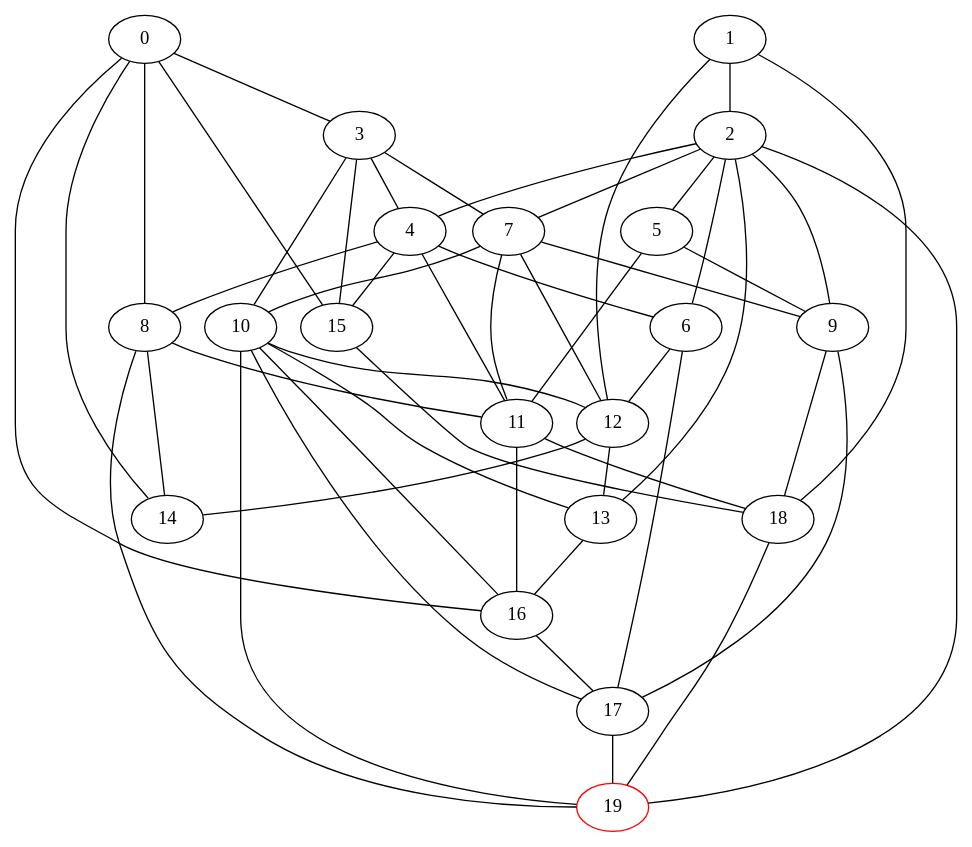
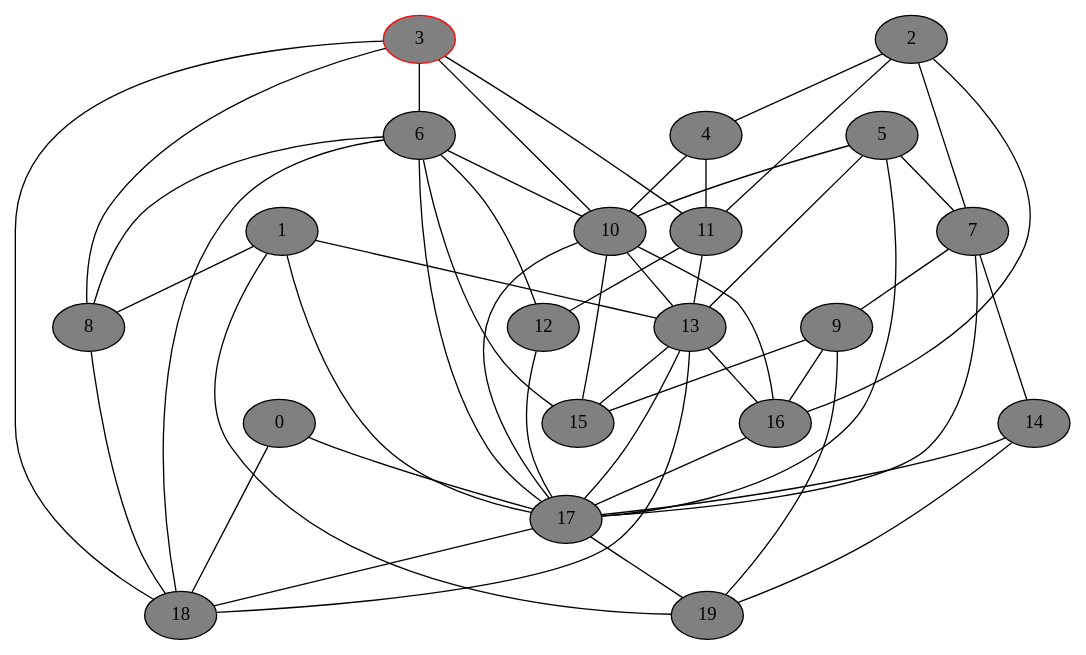
The diagram in gv_graphs/nxt0700.dot (DSMishler/EBA_models), drawn with Graphviz before and after one commit. The commit also changed 1043 other files, not shown here.

Commit message:
second set of graphs

```diff
--- a/gv_graphs/nxt0700.dot
+++ b/gv_graphs/nxt0700.dot
@@ -1,74 +1,74 @@
 // network test graph
 digraph
 {
-	0 [fillcolor=gray,style=shaded,]
-	1 [fillcolor=gray,style=shaded,]
-	2 [fillcolor=gray,style=shaded,]
-	3 [fillcolor=gray,style=shaded,]
-	4 [fillcolor=gray,style=shaded,]
-	5 [fillcolor=gray,style=shaded,]
-	6 [fillcolor=gray,style=shaded,]
-	7 [fillcolor=gray,style=shaded,]
-	8 [fillcolor=gray,style=shaded,]
-	9 [fillcolor=gray,style=shaded,]
-	10 [fillcolor=gray,style=shaded,]
-	11 [fillcolor=gray,style=shaded,]
-	12 [fillcolor=gray,style=shaded,]
-	13 [fillcolor=gray,style=shaded,]
-	14 [fillcolor=gray,style=shaded,]
-	15 [fillcolor=gray,style=shaded,]
-	16 [fillcolor=gray,style=shaded,]
-	17 [fillcolor=gray,style=shaded,]
-	18 [fillcolor=gray,style=shaded,]
-	19 [fillcolor=gray,style=shaded,color=red,]
-	0 -> 3 [dir=none]
-	0 -> 8 [dir=none]
-	0 -> 14 [dir=none]
-	0 -> 15 [dir=none]
-	0 -> 16 [dir=none]
-	1 -> 2 [dir=none]
-	1 -> 12 [dir=none]
-	1 -> 18 [dir=none]
+	0 [fillcolor=gray,style=filled,]
+	1 [fillcolor=gray,style=filled,]
+	2 [fillcolor=gray,style=filled,]
+	3 [fillcolor=gray,style=filled,color=red,]
+	4 [fillcolor=gray,style=filled,]
+	5 [fillcolor=gray,style=filled,]
+	6 [fillcolor=gray,style=filled,]
+	7 [fillcolor=gray,style=filled,]
+	8 [fillcolor=gray,style=filled,]
+	9 [fillcolor=gray,style=filled,]
+	10 [fillcolor=gray,style=filled,]
+	11 [fillcolor=gray,style=filled,]
+	12 [fillcolor=gray,style=filled,]
+	13 [fillcolor=gray,style=filled,]
+	14 [fillcolor=gray,style=filled,]
+	15 [fillcolor=gray,style=filled,]
+	16 [fillcolor=gray,style=filled,]
+	17 [fillcolor=gray,style=filled,]
+	18 [fillcolor=gray,style=filled,]
+	19 [fillcolor=gray,style=filled,]
+	0 -> 17 [dir=none]
+	0 -> 18 [dir=none]
+	1 -> 8 [dir=none]
+	1 -> 13 [dir=none]
+	1 -> 17 [dir=none]
+	1 -> 19 [dir=none]
 	2 -> 4 [dir=none]
-	2 -> 5 [dir=none]
-	2 -> 6 [dir=none]
 	2 -> 7 [dir=none]
-	2 -> 9 [dir=none]
-	2 -> 13 [dir=none]
-	2 -> 19 [dir=none]
-	3 -> 4 [dir=none]
-	3 -> 7 [dir=none]
+	2 -> 11 [dir=none]
+	2 -> 16 [dir=none]
+	3 -> 6 [dir=none]
+	3 -> 8 [dir=none]
 	3 -> 10 [dir=none]
-	3 -> 15 [dir=none]
-	4 -> 6 [dir=none]
-	4 -> 8 [dir=none]
+	3 -> 11 [dir=none]
+	3 -> 18 [dir=none]
+	4 -> 10 [dir=none]
 	4 -> 11 [dir=none]
-	4 -> 15 [dir=none]
-	5 -> 9 [dir=none]
-	5 -> 11 [dir=none]
+	5 -> 7 [dir=none]
+	5 -> 10 [dir=none]
+	5 -> 13 [dir=none]
+	5 -> 17 [dir=none]
+	6 -> 8 [dir=none]
+	6 -> 10 [dir=none]
 	6 -> 12 [dir=none]
+	6 -> 15 [dir=none]
 	6 -> 17 [dir=none]
+	6 -> 18 [dir=none]
 	7 -> 9 [dir=none]
-	7 -> 10 [dir=none]
-	7 -> 11 [dir=none]
-	7 -> 12 [dir=none]
-	8 -> 11 [dir=none]
-	8 -> 14 [dir=none]
-	8 -> 19 [dir=none]
-	9 -> 17 [dir=none]
-	9 -> 18 [dir=none]
-	10 -> 12 [dir=none]
+	7 -> 14 [dir=none]
+	7 -> 17 [dir=none]
+	8 -> 18 [dir=none]
+	9 -> 15 [dir=none]
+	9 -> 16 [dir=none]
+	9 -> 19 [dir=none]
 	10 -> 13 [dir=none]
+	10 -> 15 [dir=none]
 	10 -> 16 [dir=none]
 	10 -> 17 [dir=none]
-	10 -> 19 [dir=none]
-	11 -> 16 [dir=none]
-	11 -> 18 [dir=none]
-	12 -> 13 [dir=none]
-	12 -> 14 [dir=none]
+	11 -> 12 [dir=none]
+	11 -> 13 [dir=none]
+	12 -> 17 [dir=none]
+	13 -> 15 [dir=none]
 	13 -> 16 [dir=none]
-	15 -> 18 [dir=none]
+	13 -> 17 [dir=none]
+	13 -> 18 [dir=none]
+	14 -> 17 [dir=none]
+	14 -> 19 [dir=none]
 	16 -> 17 [dir=none]
+	17 -> 18 [dir=none]
 	17 -> 19 [dir=none]
-	18 -> 19 [dir=none]
 }
```
